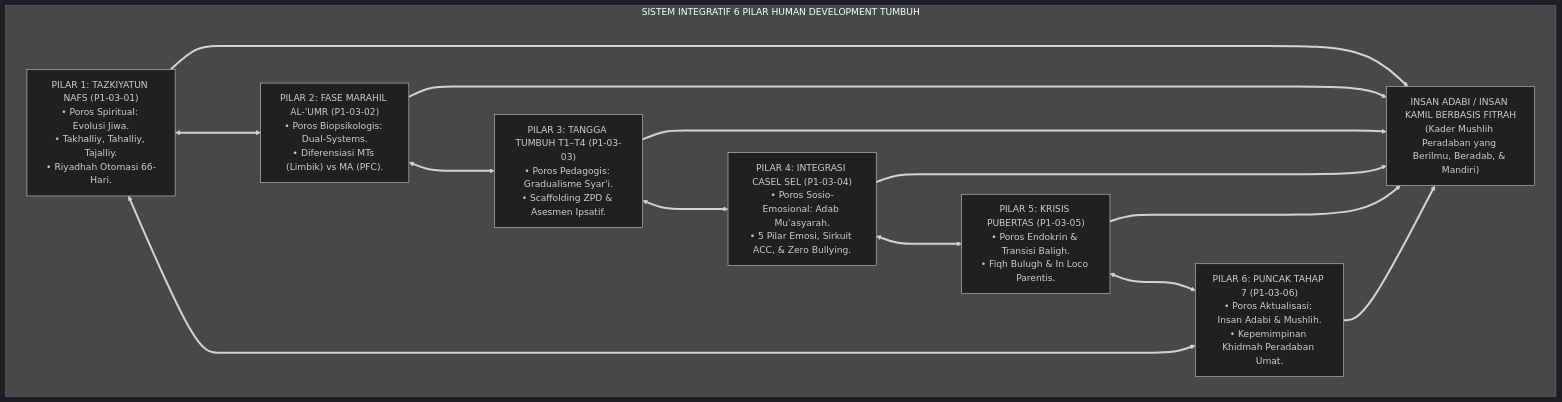
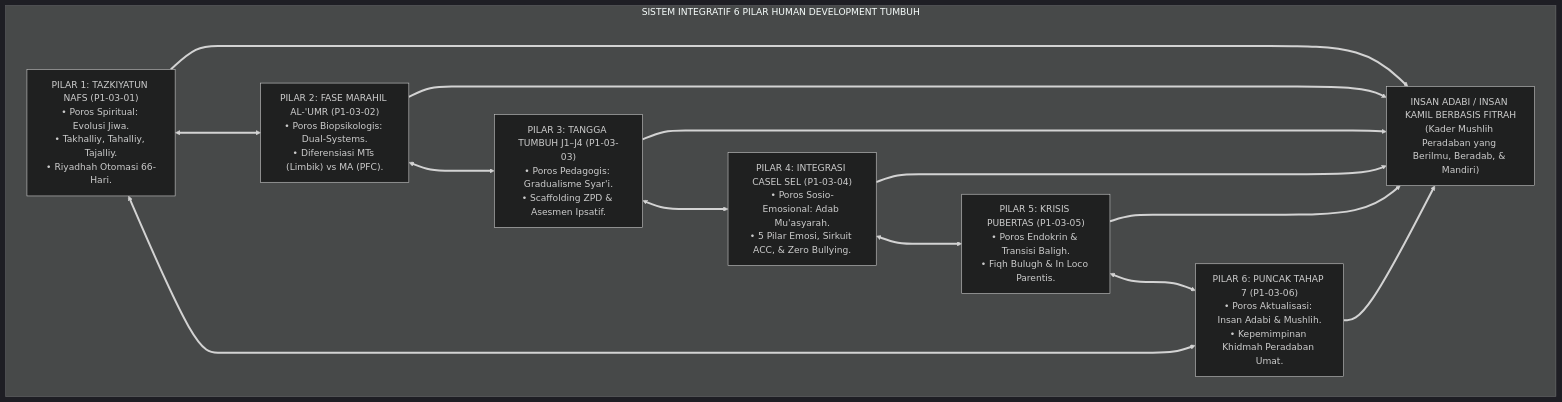
The first of 3 diagrams in 01 Philosophy/03 Human Development/P1-03-07-Sintesis-Human-Development.md (wandiapriliyandi/tumbuh), drawn with Mermaid (dark theme) before and after one commit. The commit also changed other lines of this file and 209 other files, not shown here.

````diff
--- a/01 Philosophy/03 Human Development/P1-03-07-Sintesis-Human-Development.md
+++ b/01 Philosophy/03 Human Development/P1-03-07-Sintesis-Human-Development.md
@@ -55,27 +55,27 @@
 ```mermaid
 flowchart TD
     subgraph ArsitekturSintesisHD["SISTEM INTEGRATIF 6 PILAR HUMAN DEVELOPMENT TUMBUH"]
         P1["PILAR 1: TAZKIYATUN NAFS (P1-03-01)<br/>• Poros Spiritual: Evolusi Jiwa.<br/>• Takhalliy, Tahalliy, Tajalliy.<br/>• Riyadhah Otomasi 66-Hari."]
         
         P2["PILAR 2: FASE MARAHIL AL-'UMR (P1-03-02)<br/>• Poros Biopsikologis: Dual-Systems.<br/>• Diferensiasi MTs (Limbik) vs MA (PFC)."]
         
-        P3["PILAR 3: TANGGA TUMBUH T1–T4 (P1-03-03)<br/>• Poros Pedagogis: Gradualisme Syar'i.<br/>• Scaffolding ZPD & Asesmen Ipsatif."]
+        P3["PILAR 3: TANGGA TUMBUH J1–J4 (P1-03-03)<br/>• Poros Pedagogis: Gradualisme Syar'i.<br/>• Scaffolding ZPD & Asesmen Ipsatif."]
         
         P4["PILAR 4: INTEGRASI CASEL SEL (P1-03-04)<br/>• Poros Sosio-Emosional: Adab Mu'asyarah.<br/>• 5 Pilar Emosi, Sirkuit ACC, & Zero Bullying."]
         
         P5["PILAR 5: KRISIS PUBERTAS (P1-03-05)<br/>• Poros Endokrin & Transisi Baligh.<br/>• Fiqh Bulugh & In Loco Parentis."]
         
         P6["PILAR 6: PUNCAK TAHAP 7 (P1-03-06)<br/>• Poros Aktualisasi: Insan Adabi & Mushlih.<br/>• Kepemimpinan Khidmah Peradaban Umat."]
         
         P1 <===> P2
         P2 <===> P3
         P3 <===> P4
         P4 <===> P5
         P5 <===> P6
         P6 <===> P1
         
         Sintesis["INSAN ADABI / INSAN KAMIL BERBASIS FITRAH<br/>(Kader Mushlih Peradaban yang Berilmu, Beradab, & Mandiri)"]
         
         P1 & P2 & P3 & P4 & P5 & P6 ==> Sintesis
     end
 ```
````
